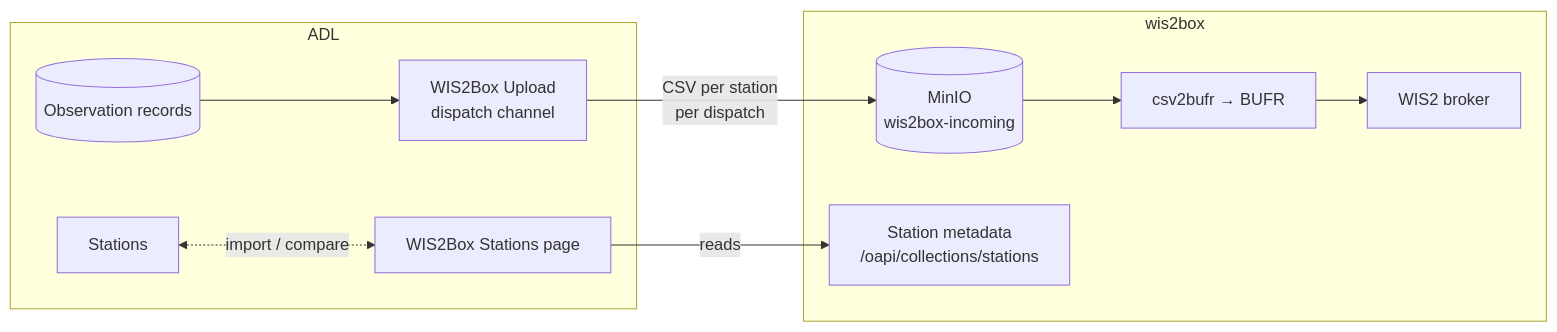
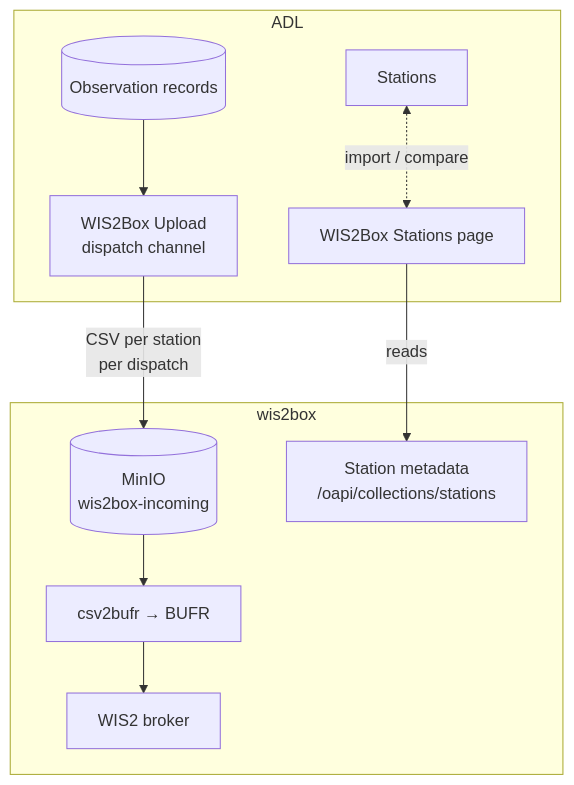
The diagram in docs/wis2box_integration.md (wmo-raf/adl), drawn with Mermaid before and after one commit. The commit also changed 1 other file, not shown here.

Commit message:
docs: draw the wis2box and Climsoft diagrams top-down
Switch both flowcharts from LR to TB so the systems stack vertically,
and replace the literal \n in labels with <br>: Mermaid 11 renders \n
as text, so the labels showed a stray '\n' instead of breaking.

````diff
--- a/docs/wis2box_integration.md
+++ b/docs/wis2box_integration.md
@@ -12,13 +12,13 @@
 ```{mermaid}
-flowchart LR
+flowchart TB
   subgraph ADL
-    OBS[(Observation records)] --> DC[WIS2Box Upload\ndispatch channel]
+    OBS[(Observation records)] --> DC[WIS2Box Upload<br>dispatch channel]
     ST[Stations] <-. import / compare .-> WS[WIS2Box Stations page]
   end
   subgraph wis2box
-    MINIO[(MinIO\nwis2box-incoming)] --> PIPE[csv2bufr → BUFR] --> PUB[WIS2 broker]
-    OAPI[Station metadata\n/oapi/collections/stations]
+    MINIO[(MinIO<br>wis2box-incoming)] --> PIPE[csv2bufr → BUFR] --> PUB[WIS2 broker]
+    OAPI[Station metadata<br>/oapi/collections/stations]
   end
-  DC -- "CSV per station\nper dispatch" --> MINIO
+  DC -- "CSV per station<br>per dispatch" --> MINIO
   WS -- "reads" --> OAPI
 ```
````
